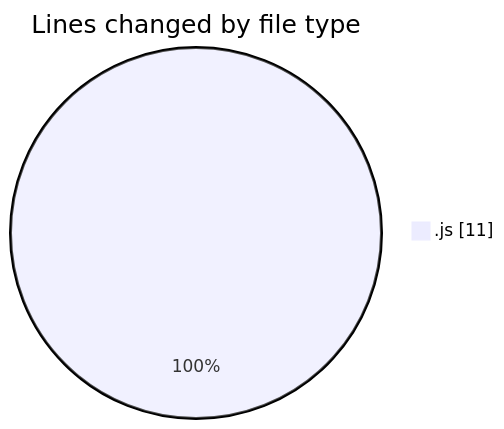
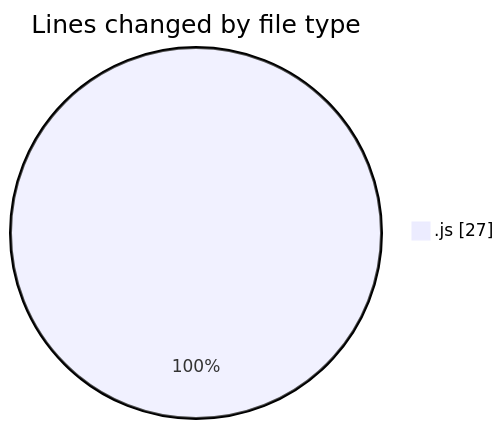
Before and after one commit to Ritupan-Deka/code-tracking: the first of 2 diagrams in 2025-08-04/javascript/README.md, drawn with Mermaid. The commit also changed other lines of this file and 1 other file, not shown here.

````diff
--- a/2025-08-04/javascript/README.md
+++ b/2025-08-04/javascript/README.md
@@ -20,5 +20,5 @@
 ```mermaid
 pie showData
 title Lines changed by file type
-".js" : 11
+".js" : 27
 ```
````
